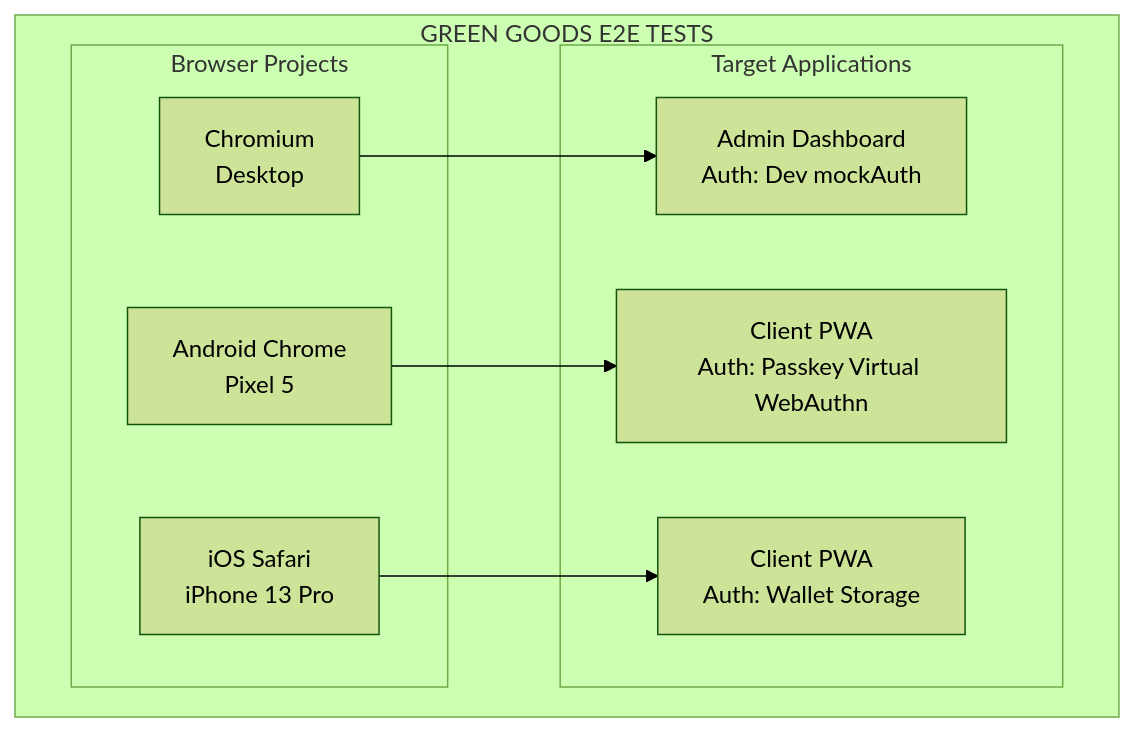
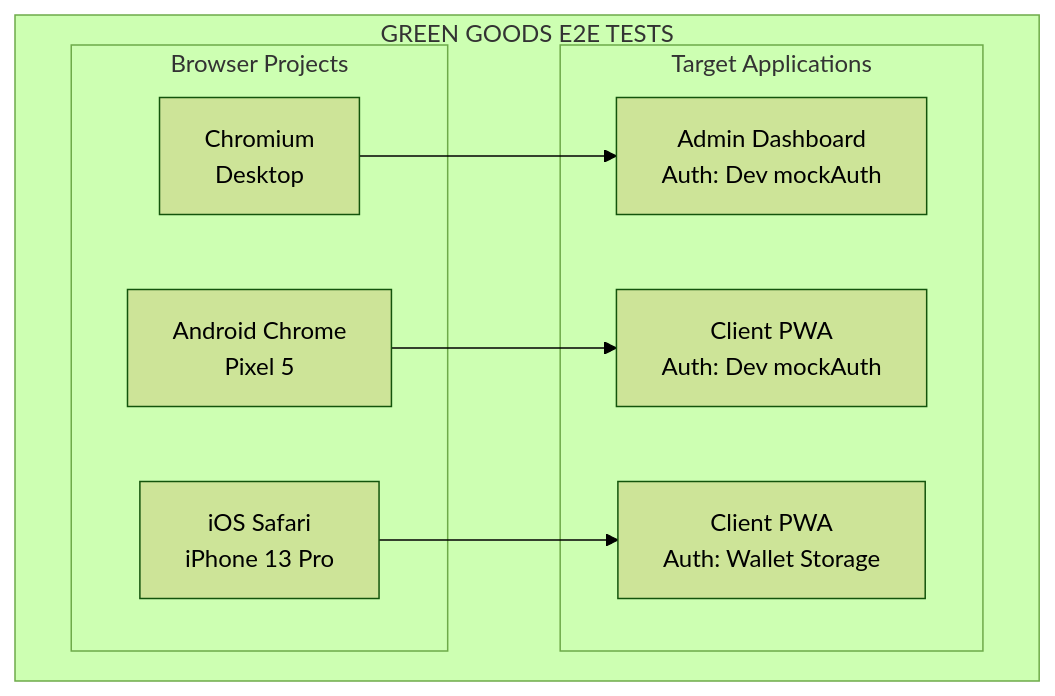
Before and after one commit to greenpill-dev-guild/green-goods: the first of 2 diagrams in tests/ARCHITECTURE.md, drawn with Mermaid (forest theme). The commit also changed other lines of this file and 47 other files, not shown here.

````diff
--- a/tests/ARCHITECTURE.md
+++ b/tests/ARCHITECTURE.md
@@ -11,20 +11,20 @@
 ```mermaid
 graph TD
   subgraph Tests["GREEN GOODS E2E TESTS"]
     subgraph Browsers["Browser Projects"]
       CH[Chromium<br/>Desktop]
       AC[Android Chrome<br/>Pixel 5]
       IS[iOS Safari<br/>iPhone 13 Pro]
     end
 
     subgraph Apps["Target Applications"]
       AD[Admin Dashboard<br/>Auth: Dev mockAuth]
-      CP1[Client PWA<br/>Auth: Passkey Virtual WebAuthn]
+      CP1[Client PWA<br/>Auth: Dev mockAuth]
       CP2[Client PWA<br/>Auth: Wallet Storage]
     end
 
     CH --> AD
     AC --> CP1
     IS --> CP2
   end
 ```
````
